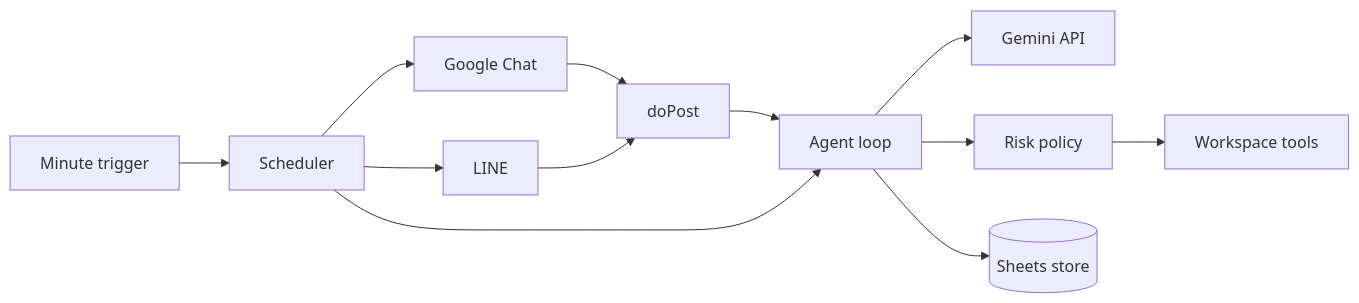
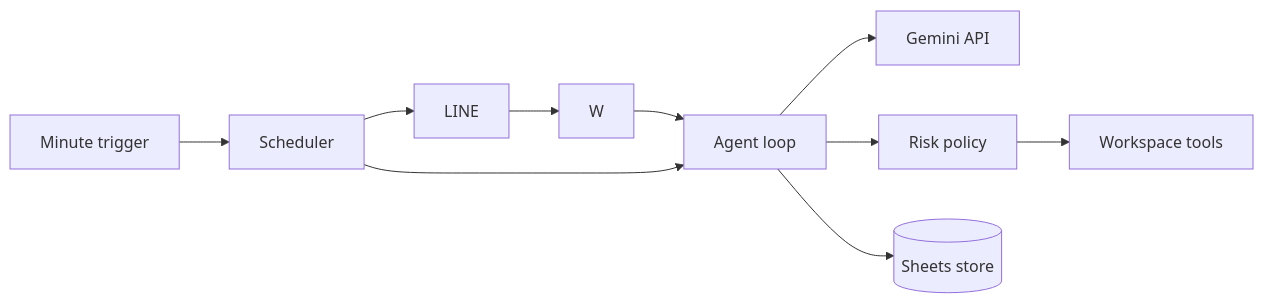
One commit to Wolke/gas-claw changed the diagram in docs/ARCHITECTURE.md. Above: the diagram before and after it, drawn with Mermaid. The commit also changed 38 other files, not shown here.

````diff
--- a/docs/ARCHITECTURE.md
+++ b/docs/ARCHITECTURE.md
@@ -5,14 +5,12 @@
 ```mermaid
 flowchart LR
-  C[Google Chat] --> W[doPost]
   L[LINE] --> W
   W --> A[Agent loop]
   A --> G[Gemini API]
   A --> P[Risk policy]
   P --> T[Workspace tools]
   A --> S[(Sheets store)]
   R[Minute trigger] --> J[Scheduler]
   J --> A
-  J --> C
   J --> L
 ```
````
